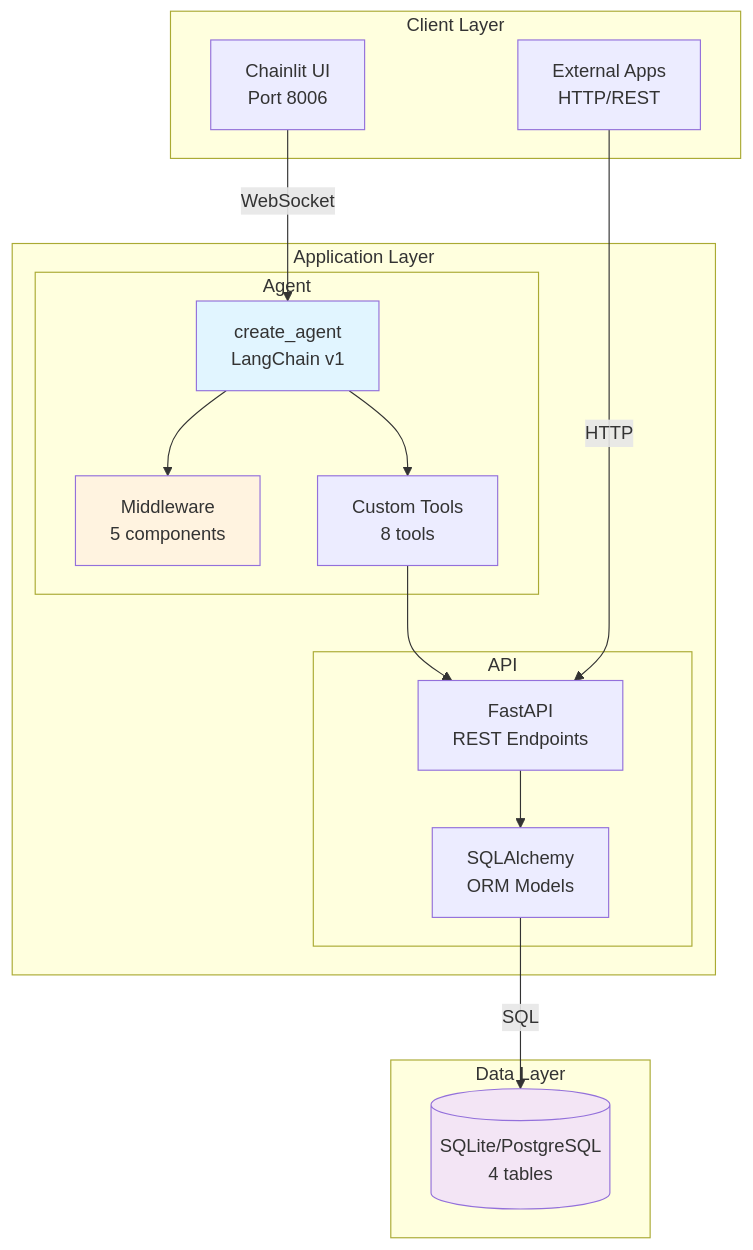
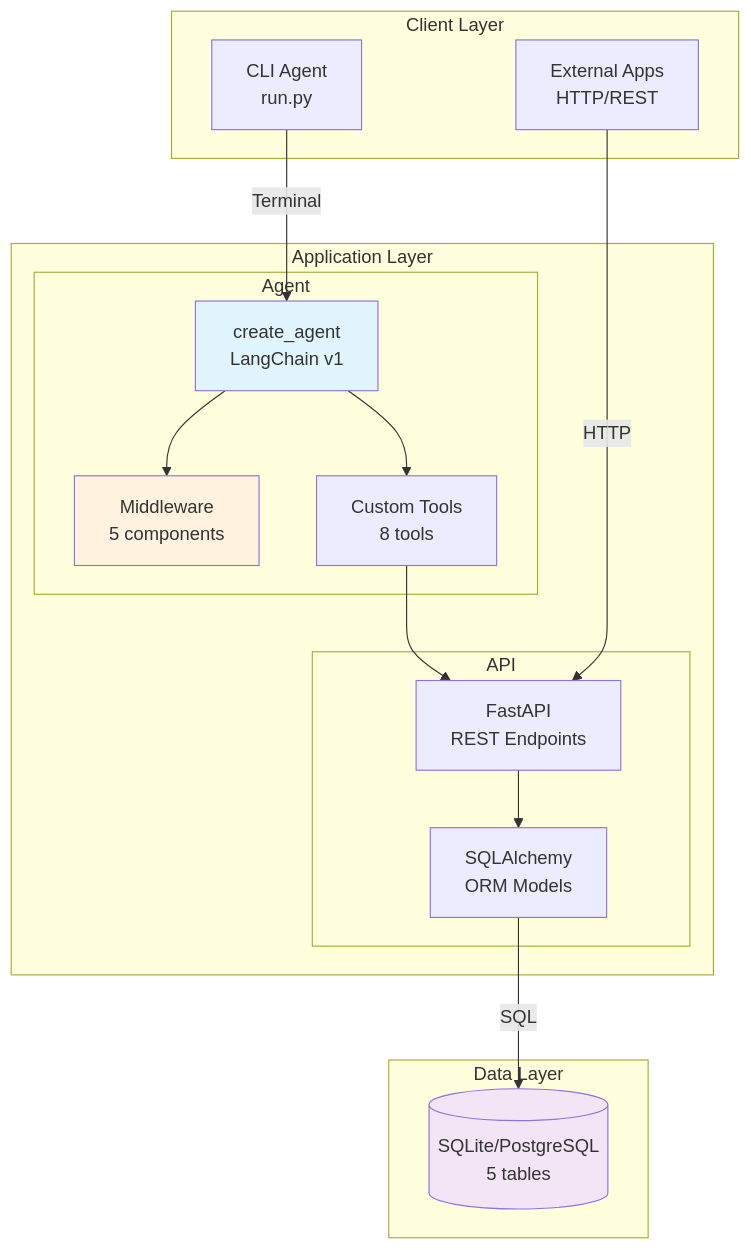
The first of 5 diagrams in docs/ARCHITECTURE.md (eosho/langchain-barber-agent), drawn with Mermaid before and after one commit. The commit also changed other lines of this file, not shown here.

Commit message:
refactor: update architecture documentation for clarity and accuracy

````diff
--- a/docs/ARCHITECTURE.md
+++ b/docs/ARCHITECTURE.md
@@ -7,37 +7,37 @@
 ```mermaid
 graph TB
     subgraph "Client Layer"
-        UI[Chainlit UI<br/>Port 8006]
+        CLI[CLI Agent<br/>run.py]
         EXT[External Apps<br/>HTTP/REST]
     end
 
     subgraph "Application Layer"
         subgraph "Agent"
             AGENT[create_agent<br/>LangChain v1]
             MW[Middleware<br/>5 components]
             TOOLS[Custom Tools<br/>8 tools]
         end
 
         subgraph "API"
             ROUTER[FastAPI<br/>REST Endpoints]
             MODELS[SQLAlchemy<br/>ORM Models]
         end
 
         AGENT --> MW
         AGENT --> TOOLS
         TOOLS --> ROUTER
         ROUTER --> MODELS
     end
 
     subgraph "Data Layer"
-        DB[(SQLite/PostgreSQL<br/>4 tables)]
+        DB[(SQLite/PostgreSQL<br/>5 tables)]
     end
 
-    UI -->|WebSocket| AGENT
+    CLI -->|Terminal| AGENT
     EXT -->|HTTP| ROUTER
     MODELS -->|SQL| DB
 
     style AGENT fill:#e1f5ff
     style MW fill:#fff3e0
     style DB fill:#f3e5f5
 ```
````
